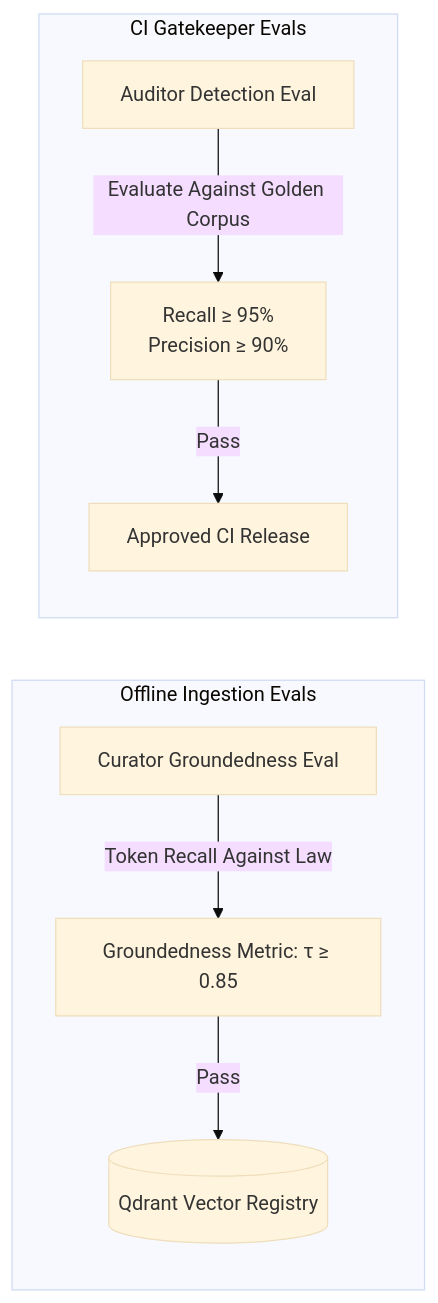
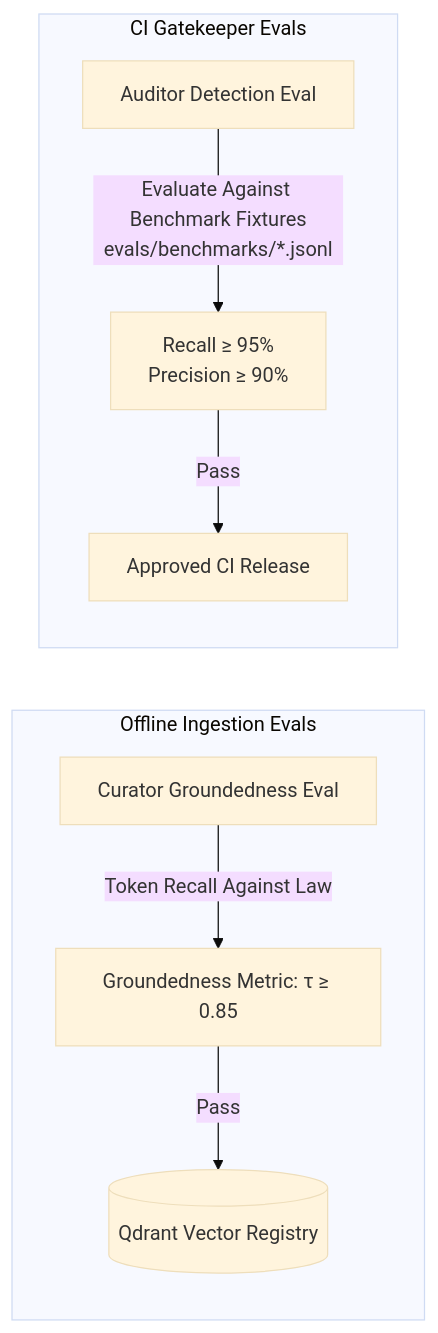
Before and after one commit to laxmitesting/ai-safety: the first of 2 diagrams in docs/EVALS_AND_HARVESTING.md, drawn with Mermaid (base theme). The commit also changed other lines of this file and 6 other files, not shown here.

````diff
--- a/docs/EVALS_AND_HARVESTING.md
+++ b/docs/EVALS_AND_HARVESTING.md
@@ -35,12 +35,12 @@
 ```mermaid
 graph LR
     subgraph Offline Ingestion Evals
         C1[Curator Groundedness Eval] -->|Token Recall Against Law| M1["Groundedness Metric: τ ≥ 0.85"]
         M1 -->|Pass| V1[(Qdrant Vector Registry)]
     end
 
     subgraph CI Gatekeeper Evals
-        A1[Auditor Detection Eval] -->|Evaluate Against Golden Corpus| M2["Recall ≥ 95%<br/>Precision ≥ 90%"]
+        A1[Auditor Detection Eval] -->|Evaluate Against Benchmark Fixtures<br/>evals/benchmarks/*.jsonl| M2["Recall ≥ 95%<br/>Precision ≥ 90%"]
         M2 -->|Pass| V2[Approved CI Release]
     end
 ```
````
